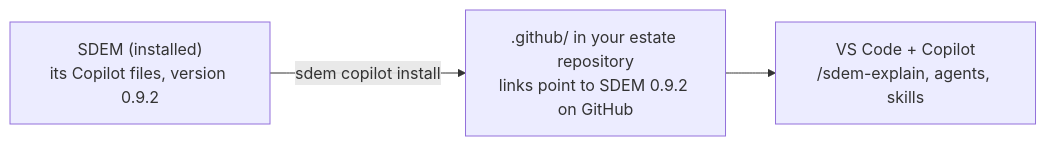
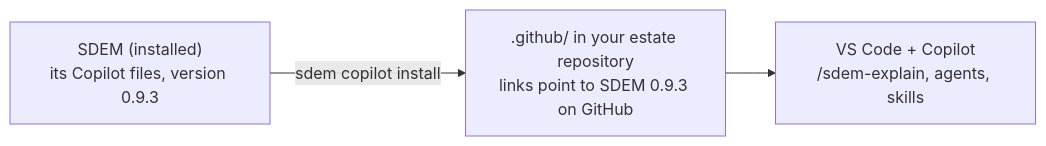
The diagram in docs/design/sdem-copilot-install-design.md (taumoeps/bian-sdem-framework), drawn with Mermaid before and after one commit. The commit also changed 62 other files, not shown here.

````diff
--- a/docs/design/sdem-copilot-install-design.md
+++ b/docs/design/sdem-copilot-install-design.md
@@ -18,5 +18,5 @@
 ```mermaid
 flowchart LR
-    S["SDEM (installed)<br/>its Copilot files, version 0.9.2"] -- "sdem copilot install" --> E[".github/ in your estate repository<br/>links point to SDEM 0.9.2 on GitHub"]
+    S["SDEM (installed)<br/>its Copilot files, version 0.9.3"] -- "sdem copilot install" --> E[".github/ in your estate repository<br/>links point to SDEM 0.9.3 on GitHub"]
     E --> V["VS Code + Copilot<br/>/sdem-explain, agents, skills"]
 ```
````
